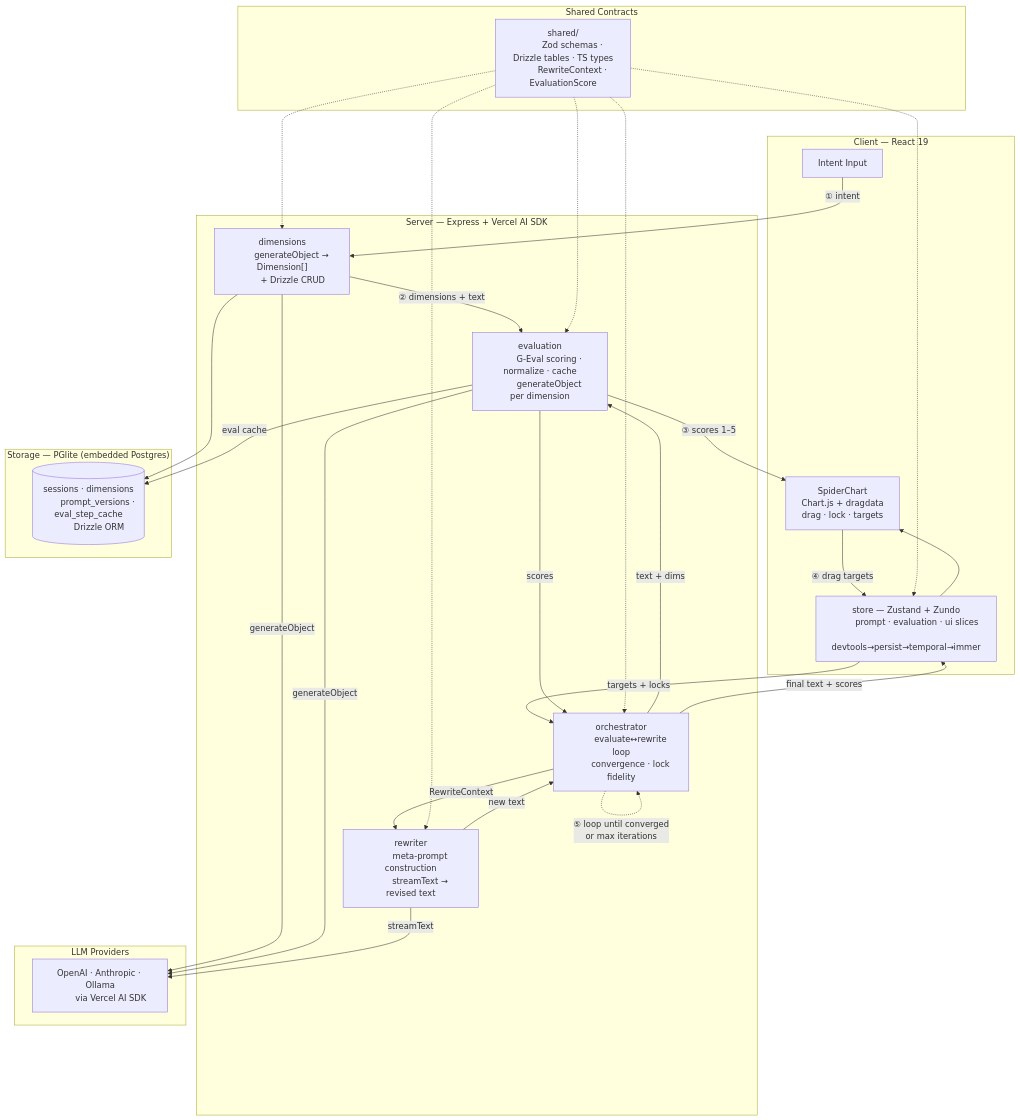
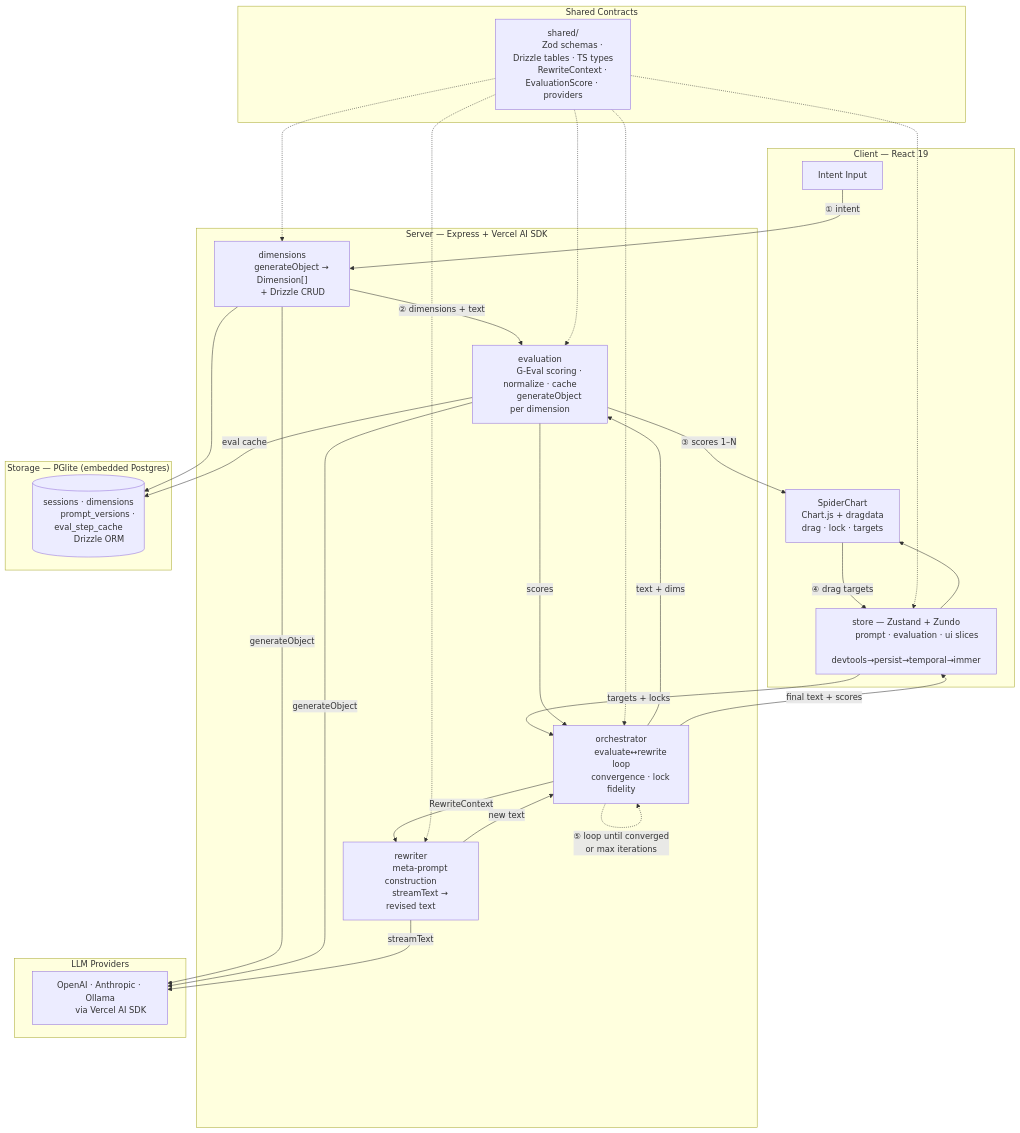
Before and after one commit to asuworks/textchisel: the diagram in .devcontext/architecture.md, drawn with Mermaid. The commit also changed other lines of this file and 8 other files, not shown here.

````diff
--- a/.devcontext/architecture.md
+++ b/.devcontext/architecture.md
@@ -9,73 +9,73 @@
 ```mermaid
 flowchart TD
     subgraph ui ["Client — React 19"]
         A["Intent Input"]
         B["SpiderChart
         Chart.js + dragdata
         drag · lock · targets"]
         G["store — Zustand + Zundo
         prompt · evaluation · ui slices
         devtools→persist→temporal→immer"]
     end
 
     subgraph processing ["Server — Express + Vercel AI SDK"]
         C["dimensions
         generateObject → Dimension[]
         + Drizzle CRUD"]
         D["evaluation
         G-Eval scoring · normalize · cache
         generateObject per dimension"]
         E["rewriter
         meta-prompt construction
         streamText → revised text"]
         F["orchestrator
         evaluate↔rewrite loop
         convergence · lock fidelity"]
     end
 
     subgraph data ["Storage — PGlite (embedded Postgres)"]
         H[("sessions · dimensions
         prompt_versions · eval_step_cache
         Drizzle ORM")]
     end
 
     subgraph llm ["LLM Providers"]
         I["OpenAI · Anthropic · Ollama
         via Vercel AI SDK"]
     end
 
     subgraph contracts ["Shared Contracts"]
         J["shared/
         Zod schemas · Drizzle tables · TS types
-        RewriteContext · EvaluationScore"]
+        RewriteContext · EvaluationScore · providers"]
     end
 
     %% Initial flow: intent → dimensions → evaluation → chart
     A -->|"① intent"| C
     C -->|"② dimensions + text"| D
-    D -->|"③ scores 1–5"| B
+    D -->|"③ scores 1–N"| B
 
     %% Refinement loop: drag → orchestrator → chart update
     B -->|"④ drag targets"| G
     G -->|"targets + locks"| F
     F -->|"RewriteContext"| E
     E -->|"new text"| F
     F -->|"text + dims"| D
     D -->|"scores"| F
     F -..->|"⑤ loop until converged
     or max iterations"| F
     F -->|"final text + scores"| G
     G --> B
 
     %% LLM calls
     C -->|generateObject| I
     D -->|generateObject| I
     E -->|streamText| I
 
     %% Persistence
     C --> H
     D -->|"eval cache"| H
 
     %% Contracts feed all modules
     J -..-> C & D & E & F & G
 ```
````
